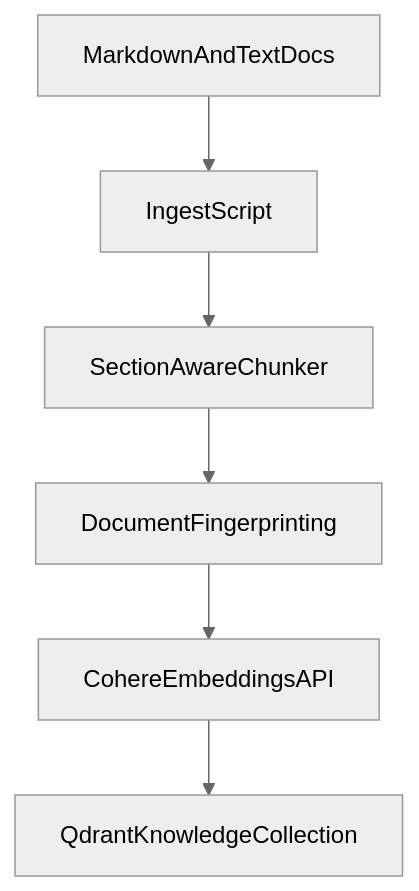
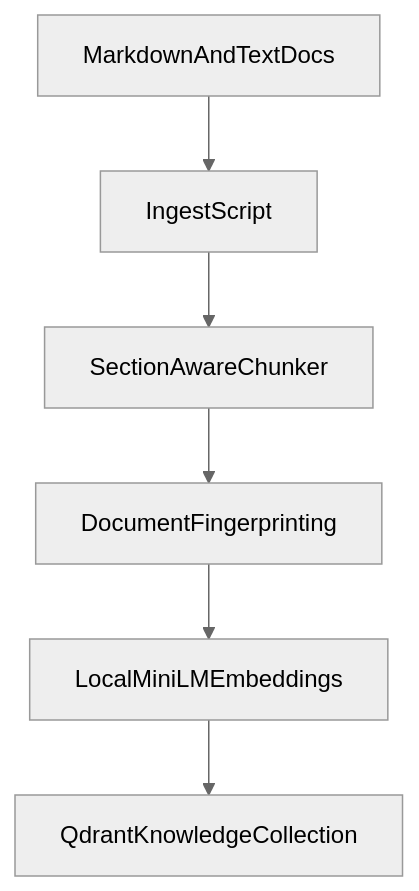
One commit to soumyadeep-git/Avivo changed the second of 2 diagrams in README.md. Above: the diagram before and after it, drawn with Mermaid (neutral theme). The commit also changed other lines of this file and 6 other files, not shown here.

Commit message:
feat(deploy): restore local MiniLM retrieval for container hosting

````diff
--- a/README.md
+++ b/README.md
@@ -34,8 +34,8 @@
 ```mermaid
 flowchart TD
     Docs[MarkdownAndTextDocs] --> Loader[IngestScript]
     Loader --> Chunker[SectionAwareChunker]
     Chunker --> Fingerprint[DocumentFingerprinting]
-    Fingerprint --> Embed[CohereEmbeddingsAPI]
+    Fingerprint --> Embed[LocalMiniLMEmbeddings]
     Embed --> VectorDB[QdrantKnowledgeCollection]
 ```
````
